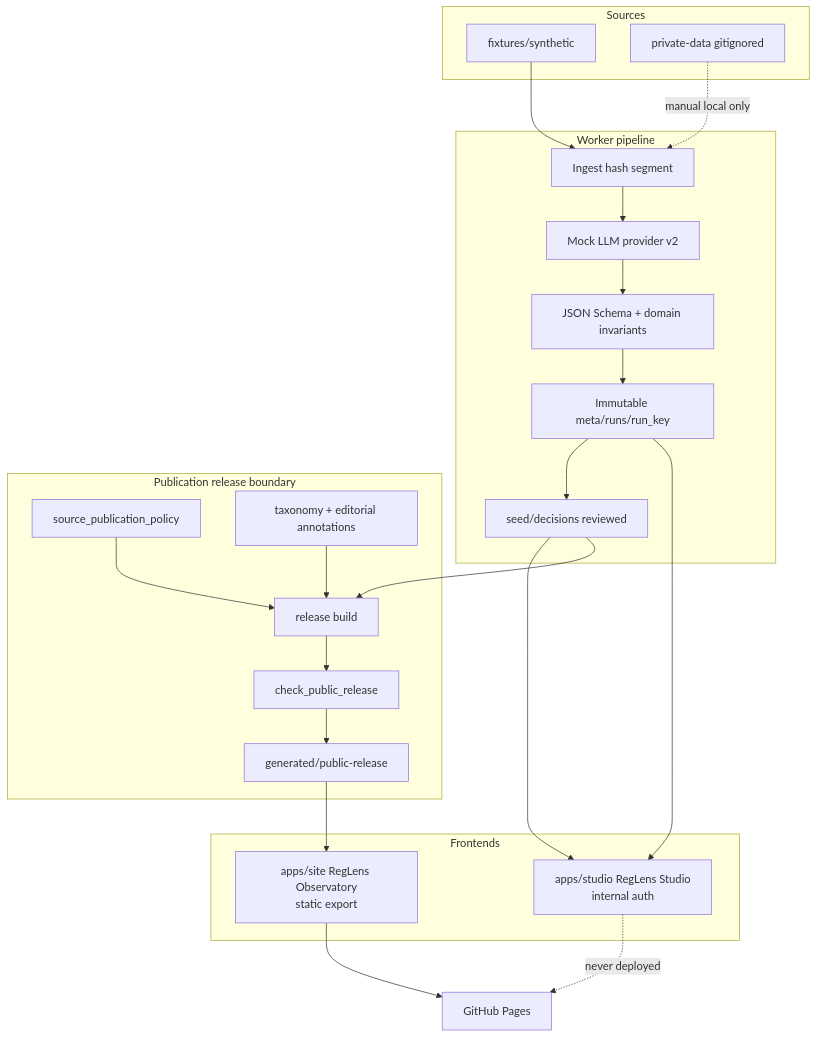
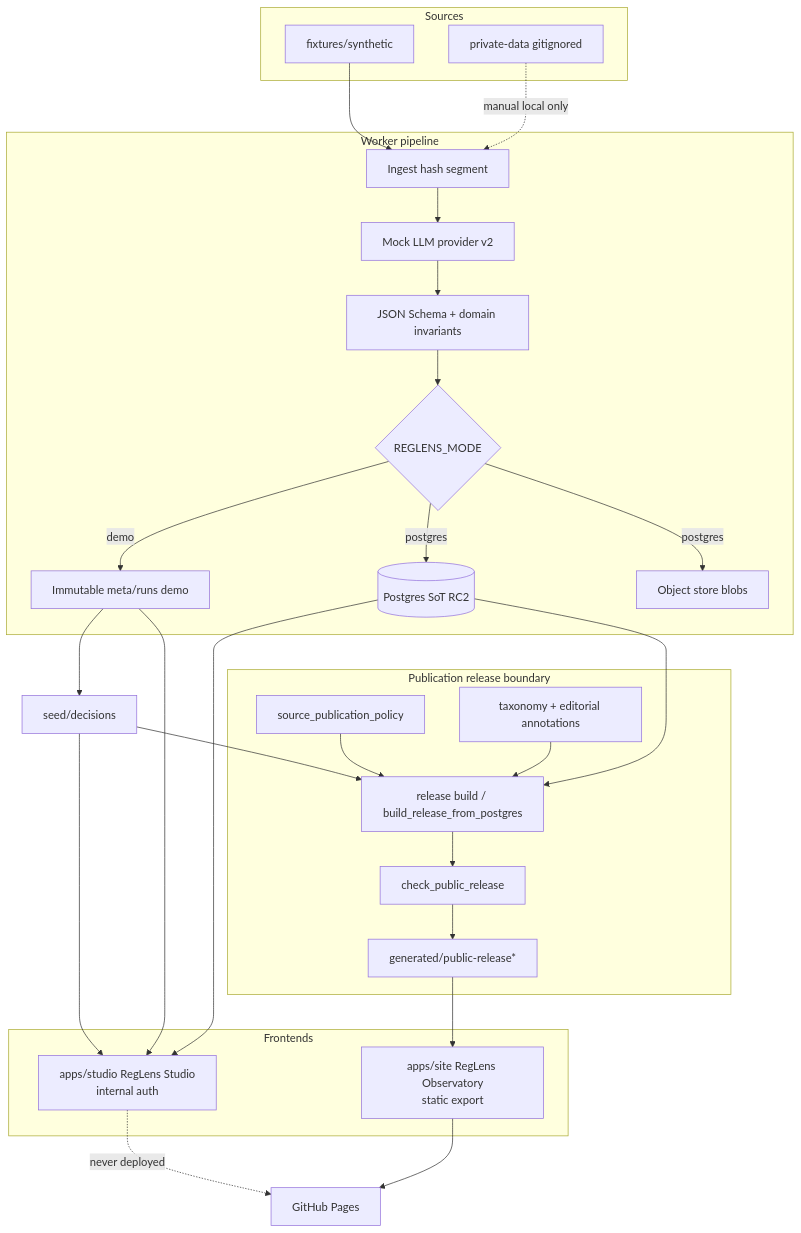
One commit to bobshenruililin/RegLens_HK changed the diagram in docs/ARCHITECTURE.md. Above: the diagram before and after it, drawn with Mermaid. The commit also changed other lines of this file and 73 other files, not shown here.

First line of the commit message:
RC2 Checkpoint C/D: Studio control plane, full PG ingest, release path

````diff
--- a/docs/ARCHITECTURE.md
+++ b/docs/ARCHITECTURE.md
@@ -10,43 +11,50 @@
 ```mermaid
 flowchart TB
   subgraph sources [Sources]
     Synth[fixtures/synthetic]
     Private[private-data gitignored]
   end
 
   subgraph worker [Worker pipeline]
     Ingest[Ingest hash segment]
     Extract[Mock LLM provider v2]
     Val[JSON Schema + domain invariants]
-    Runs[Immutable meta/runs/run_key]
-    Seed[seed/decisions reviewed]
+    Mode{REGLENS_MODE}
+    Runs[Immutable meta/runs demo]
+    PG[(Postgres SoT RC2)]
+    Obj[Object store blobs]
   end
 
   subgraph release [Publication release boundary]
     Policy[source_publication_policy]
     Tax[taxonomy + editorial annotations]
-    Build[release build]
+    Build[release build / build_release_from_postgres]
     Scan[check_public_release]
-    Bundle[generated/public-release]
+    Bundle[generated/public-release*]
   end
 
   subgraph apps [Frontends]
     Studio[apps/studio RegLens Studio\ninternal auth]
     Site[apps/site RegLens Observatory\nstatic export]
   end
 
   Pages[GitHub Pages]
 
   Synth --> Ingest
   Private -.->|manual local only| Ingest
-  Ingest --> Extract --> Val --> Runs --> Seed
+  Ingest --> Extract --> Val --> Mode
+  Mode -->|demo| Runs --> Seed[seed/decisions]
+  Mode -->|postgres| PG
+  Mode -->|postgres| Obj
   Seed --> Studio
+  PG --> Studio
   Runs --> Studio
   Seed --> Build
+  PG --> Build
   Policy --> Build
   Tax --> Build
   Build --> Scan --> Bundle
   Bundle --> Site
   Site --> Pages
   Studio -.->|never deployed| Pages
 ```
````
